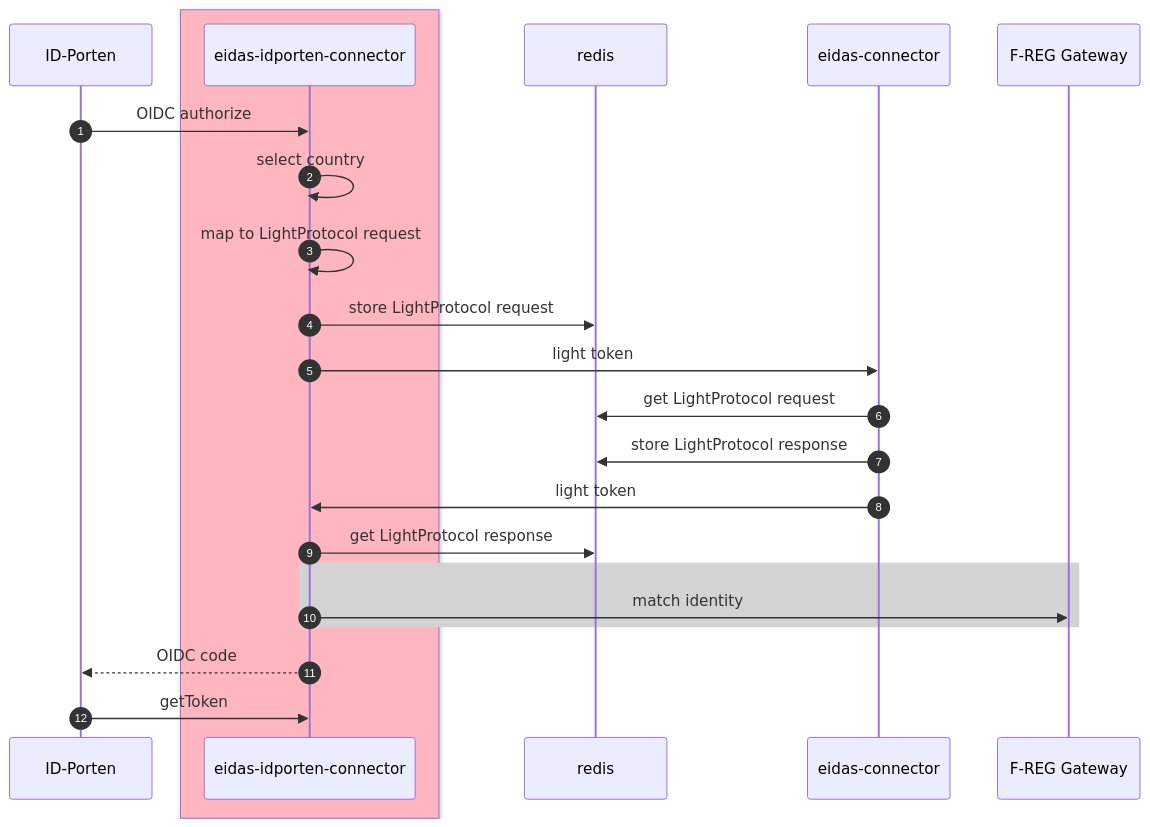
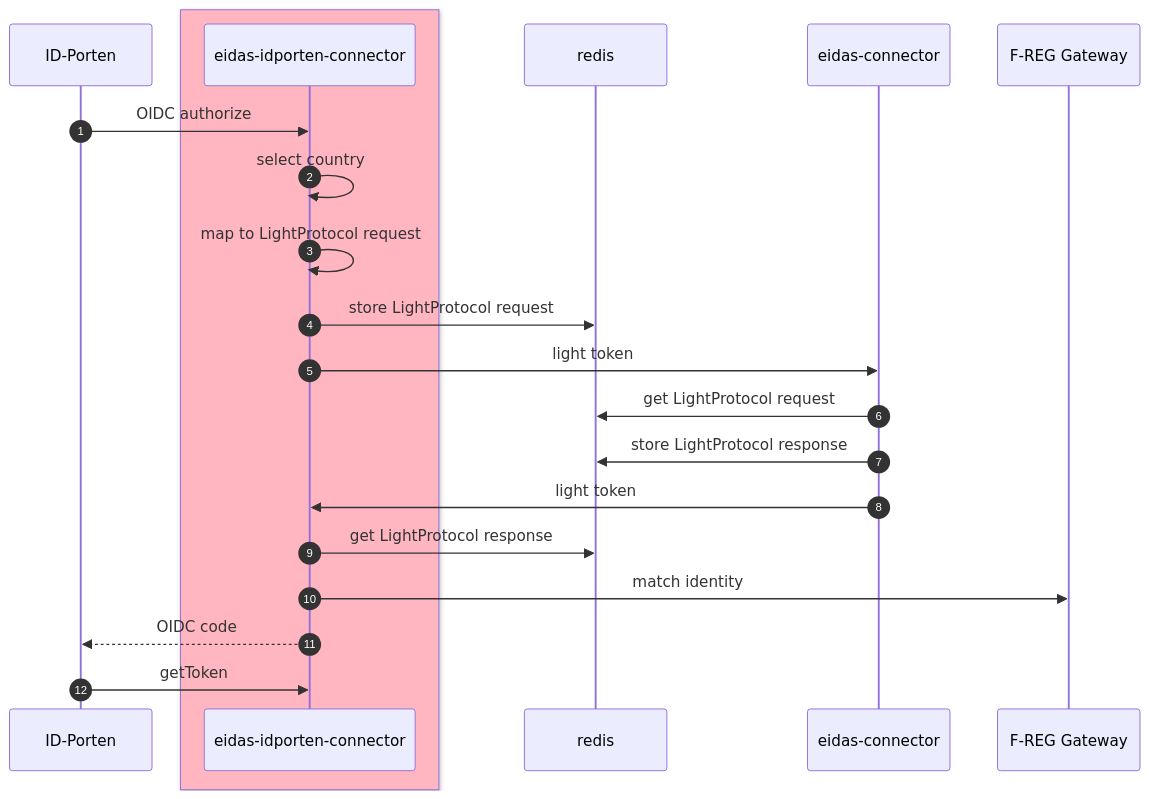
The diagram in README.md (felleslosninger/eidas-idporten-connector), drawn with Mermaid before and after one commit. The commit also changed other lines of this file and 46 other files, not shown here.

````diff
--- a/README.md
+++ b/README.md
@@ -9,28 +8,26 @@
 ```mermaid  
 sequenceDiagram
     autonumber
     participant IL as ID-Porten
     box lightpink 
         participant EIC as eidas-idporten-connector
     end
     participant RED as redis
     participant EC as eidas-connector
     participant FRG as F-REG Gateway
     
     
     IL ->> EIC: OIDC authorize
     EIC ->> EIC: select country
     EIC ->> EIC: map to LightProtocol request
     EIC ->> RED: store LightProtocol request
     EIC ->> EC: light token
     EC ->> RED: get LightProtocol request
     EC ->> RED: store LightProtocol response
     EC ->> EIC: light token
     EIC ->> RED: get LightProtocol response
-    rect lightgrey
-        EIC ->> FRG: match identity
-    end
+    EIC ->> FRG: match identity
     EIC -->> IL: OIDC code
     IL ->> EIC: getToken
 
 ```    
````
